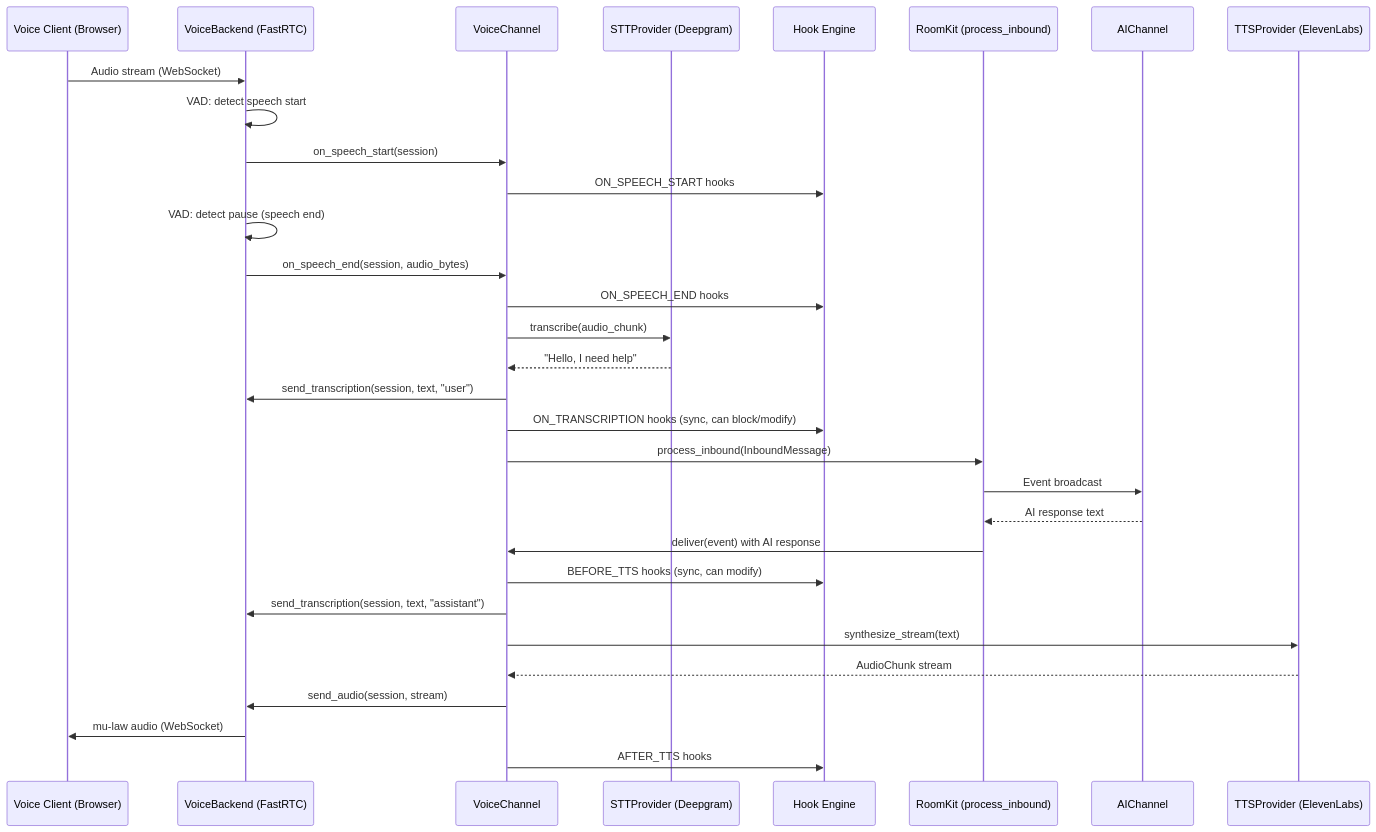
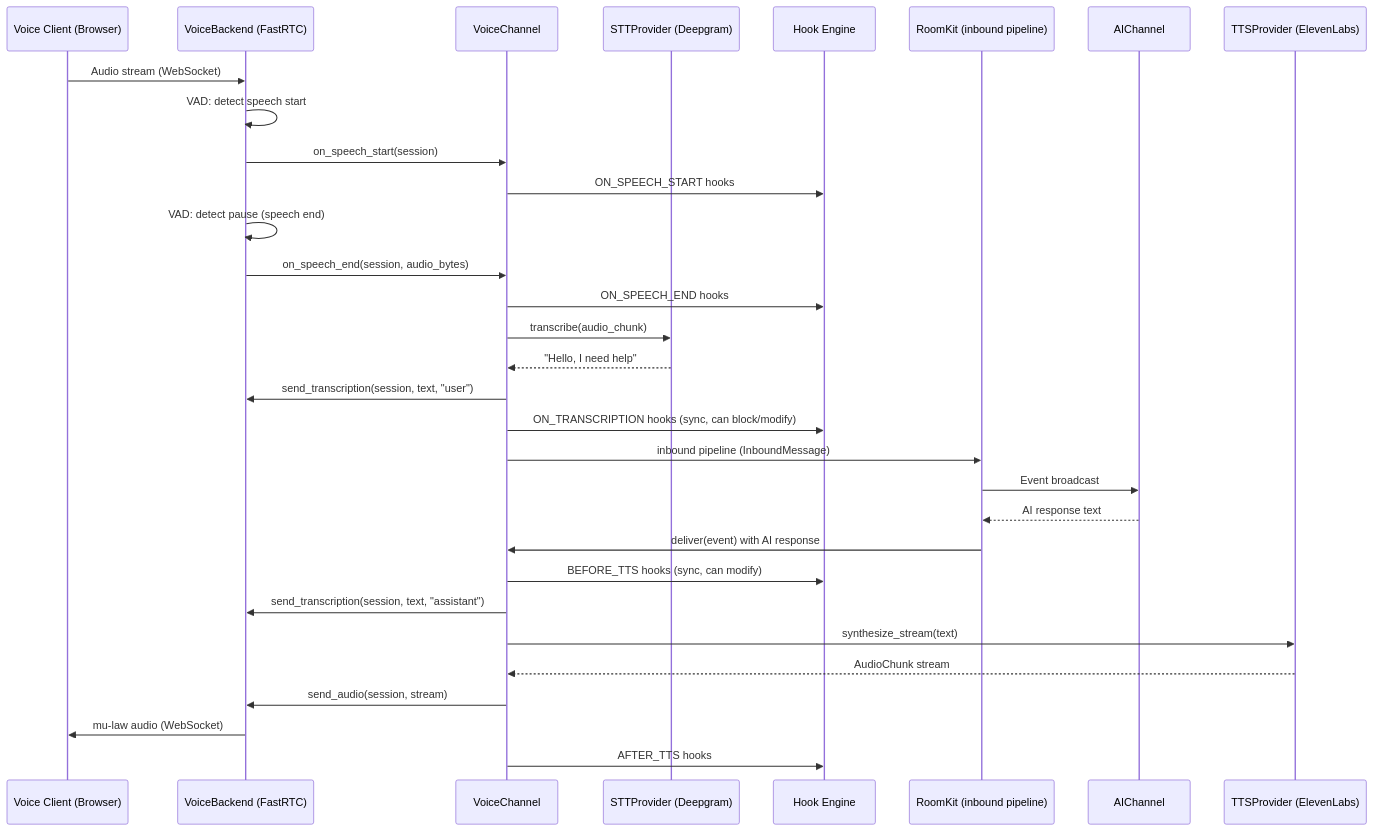
Before and after one commit to roomkit-live/roomkit-docs: the fifth of 6 diagrams in docs/architecture.md, drawn with Mermaid. The commit also changed other lines of this file and 14 other files, not shown here.

````diff
--- a/docs/architecture.md
+++ b/docs/architecture.md
@@ -351,38 +351,38 @@
 ```mermaid
 sequenceDiagram
     participant Client as Voice Client (Browser)
     participant VB as VoiceBackend (FastRTC)
     participant VC as VoiceChannel
     participant STT as STTProvider (Deepgram)
     participant HE as Hook Engine
-    participant RK as RoomKit (process_inbound)
+    participant RK as RoomKit (inbound pipeline)
     participant AI as AIChannel
     participant TTS as TTSProvider (ElevenLabs)
 
     Client->>VB: Audio stream (WebSocket)
     VB->>VB: VAD: detect speech start
     VB->>VC: on_speech_start(session)
     VC->>HE: ON_SPEECH_START hooks
 
     VB->>VB: VAD: detect pause (speech end)
     VB->>VC: on_speech_end(session, audio_bytes)
     VC->>HE: ON_SPEECH_END hooks
     VC->>STT: transcribe(audio_chunk)
     STT-->>VC: "Hello, I need help"
 
     VC->>VB: send_transcription(session, text, "user")
     VC->>HE: ON_TRANSCRIPTION hooks (sync, can block/modify)
 
-    VC->>RK: process_inbound(InboundMessage)
+    VC->>RK: inbound pipeline (InboundMessage)
     RK->>AI: Event broadcast
     AI-->>RK: AI response text
 
     RK->>VC: deliver(event) with AI response
     VC->>HE: BEFORE_TTS hooks (sync, can modify)
     VC->>VB: send_transcription(session, text, "assistant")
     VC->>TTS: synthesize_stream(text)
     TTS-->>VC: AudioChunk stream
     VC->>VB: send_audio(session, stream)
     VB->>Client: mu-law audio (WebSocket)
     VC->>HE: AFTER_TTS hooks
 ```
````
